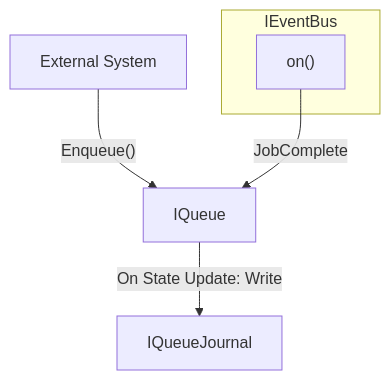
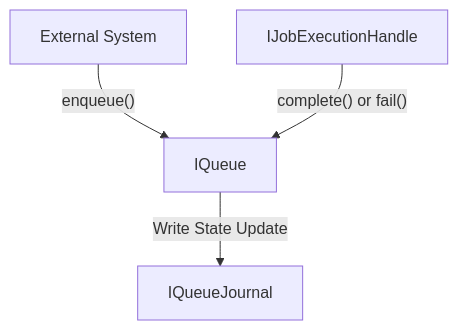
Before and after one commit to powerhouse-inc/powerhouse: the first of 2 diagrams in packages/reactor/docs/planning/Queue/index.md, drawn with Mermaid. The commit also changed other lines of this file and 4 other files, not shown here.

Commit message:
chore: clarifying job executor flow

````diff
--- a/packages/reactor/docs/planning/Queue/index.md
+++ b/packages/reactor/docs/planning/Queue/index.md
@@ -66,12 +65,8 @@
 ```mermaid
 graph TD
 
-  ES["External System"] -->|"Enqueue()"|AQueue
-  ASub -->|"JobComplete"| AQueue["IQueue"]
-  AQueue -->|"On State Update: Write"| Journal["IQueueJournal"]
-
-  subgraph AEvents["IEventBus"]
-      ASub["on()"]
-  end
+  ES["External System"] -->|"enqueue()"|AQueue
+  IJobExecutionHandle -->|"complete() or fail()"| AQueue["IQueue"]
+  AQueue -->|"Write State Update"| Journal["IQueueJournal"]
 
 ```
````
